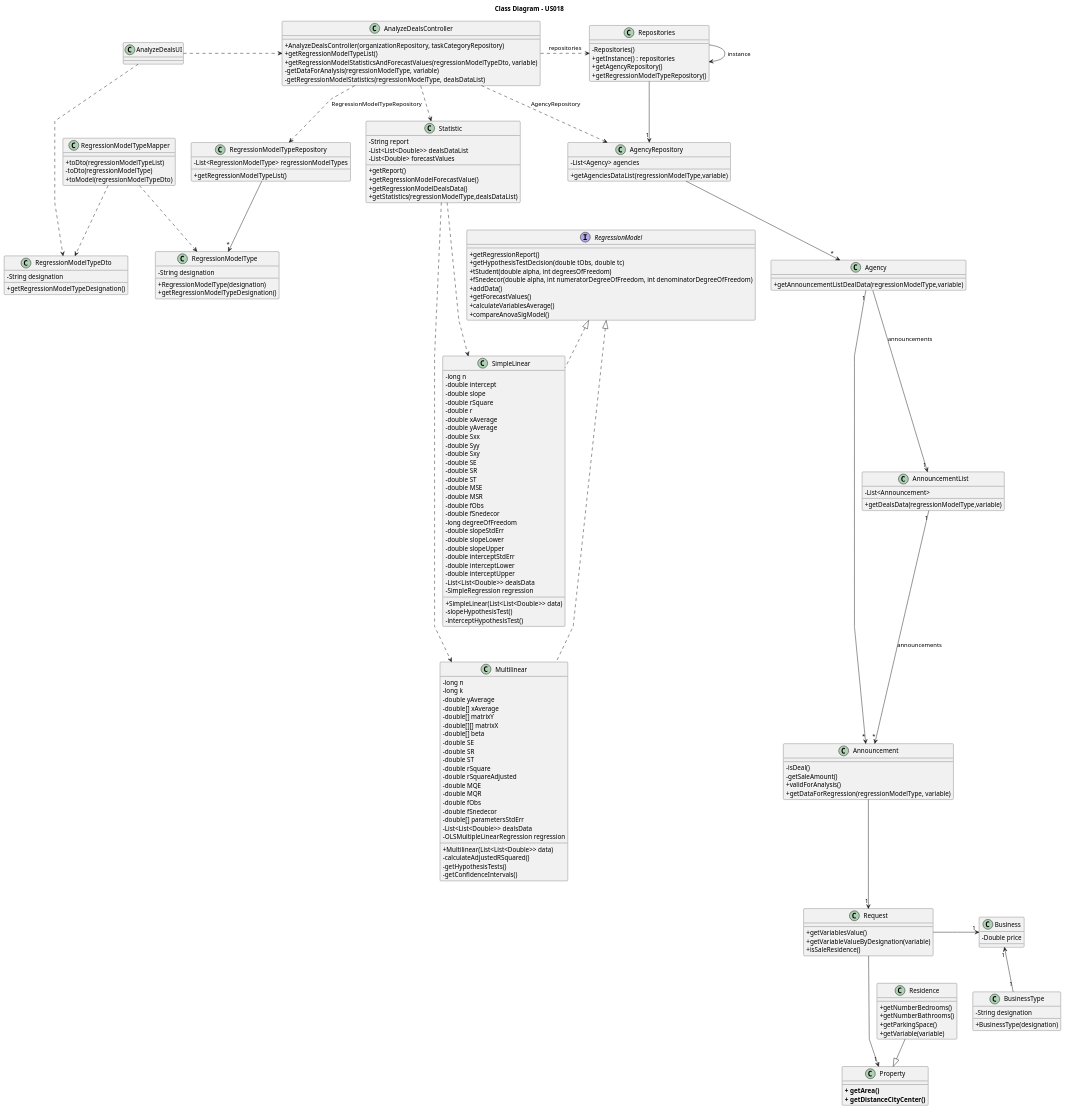
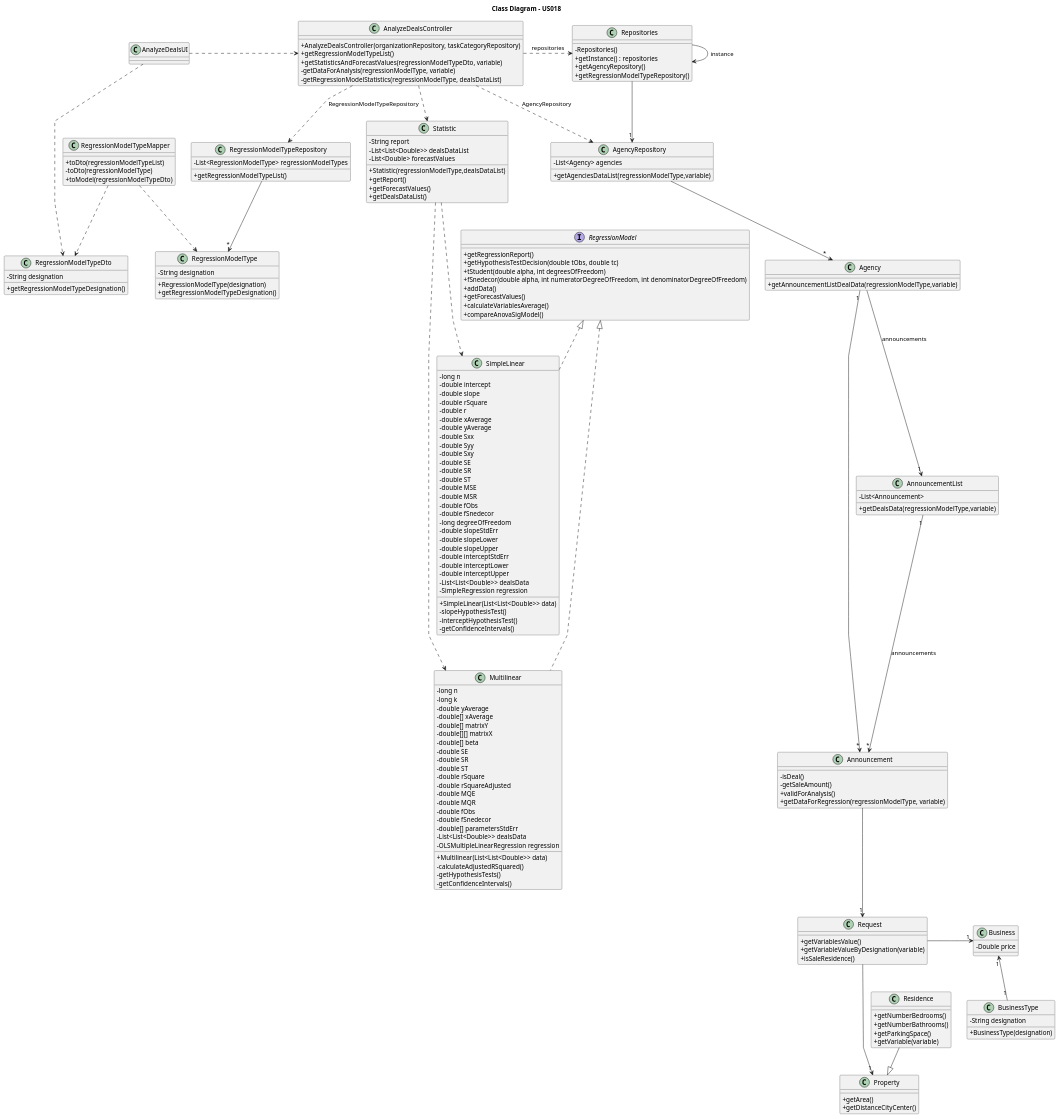
Before and after one commit to rita-barbosa/LAPR2-2223: the diagram in docs/sprintD/us018/03.design/puml/us018-class-diagram.puml, drawn with PlantUML. The commit also changed 10 other files, not shown here.

Commit message:
Update sequence & class diagram [US018][Implementation]

```diff
--- a/docs/sprintD/us018/03.design/puml/us018-class-diagram.puml
+++ b/docs/sprintD/us018/03.design/puml/us018-class-diagram.puml
@@ -43,8 +43,8 @@
  + getVariable(variable)
 }
 class Property {
- **+ getArea()**
- **+ getDistanceCityCenter()**
+ + getArea()
+ + getDistanceCityCenter()
 }
 
 class AgencyRepository {
@@ -77,10 +77,10 @@
 - String report
 - List<List<Double>> dealsDataList
 - List<Double> forecastValues
++ Statistic(regressionModelType,dealsDataList)
  + getReport()
- + getRegressionModelForecastValue()
- + getRegressionModelDealsData()
- + getStatistics(regressionModelType,dealsDataList)
+ + getForecastValues()
+ + getDealsDataList()
 }
 
 class Business
@@ -103,7 +103,7 @@
 class AnalyzeDealsController {
     + AnalyzeDealsController(organizationRepository, taskCategoryRepository)
     + getRegressionModelTypeList()
-    + getRegressionModelStatisticsAndForecastValues(regressionModelTypeDto, variable)
+    + getStatisticsAndForecastValues(regressionModelTypeDto, variable)
     - getDataForAnalysis(regressionModelType, variable)
     - getRegressionModelStatistics(regressionModelType, dealsDataList)
 }
@@ -142,6 +142,7 @@
 + SimpleLinear(List<List<Double>> data)
 - slopeHypothesisTest()
 - interceptHypothesisTest()
+- getConfidenceIntervals()
 }
 class Multilinear implements RegressionModel {
 - long n
```
